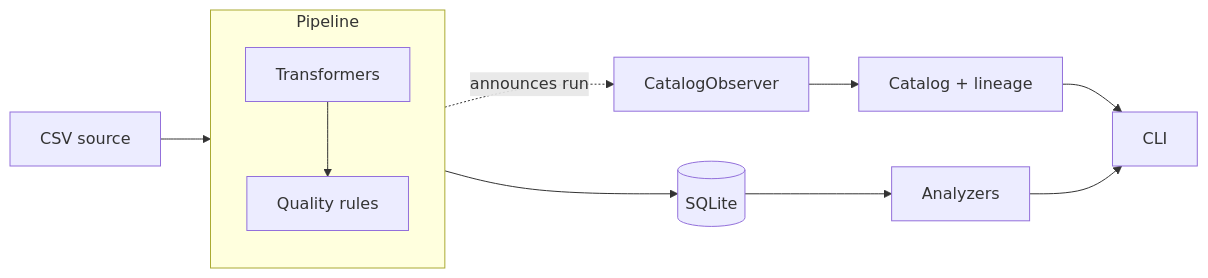
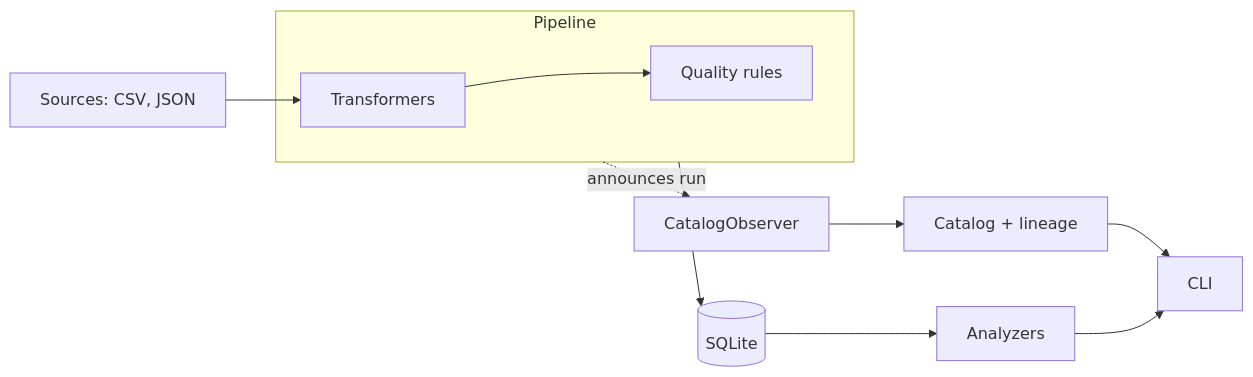
Before and after one commit to gelam921/propertyiq: the diagram in README.md, drawn with Mermaid. The commit also changed other lines of this file, not shown here.

````diff
--- a/README.md
+++ b/README.md
@@ -62,13 +83,13 @@
 ```mermaid
 flowchart LR
-    CSV[CSV source] --> P[Pipeline]
-    subgraph P[Pipeline]
+    SRC[Sources: CSV, JSON] --> T
+    subgraph PIPE[Pipeline]
         T[Transformers] --> V[Quality rules]
     end
-    P --> DB[(SQLite)]
-    P -. announces run .-> O[CatalogObserver]
+    PIPE --> DB[(SQLite)]
+    PIPE -. announces run .-> O[CatalogObserver]
     O --> C[Catalog + lineage]
     DB --> A[Analyzers]
     C --> CLI[CLI]
     A --> CLI
 ```
````
